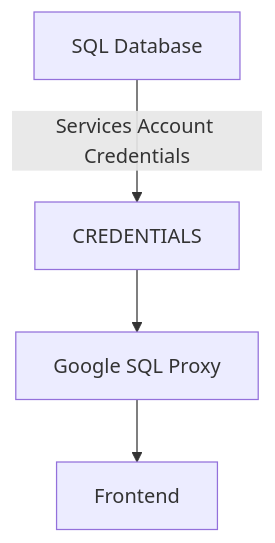
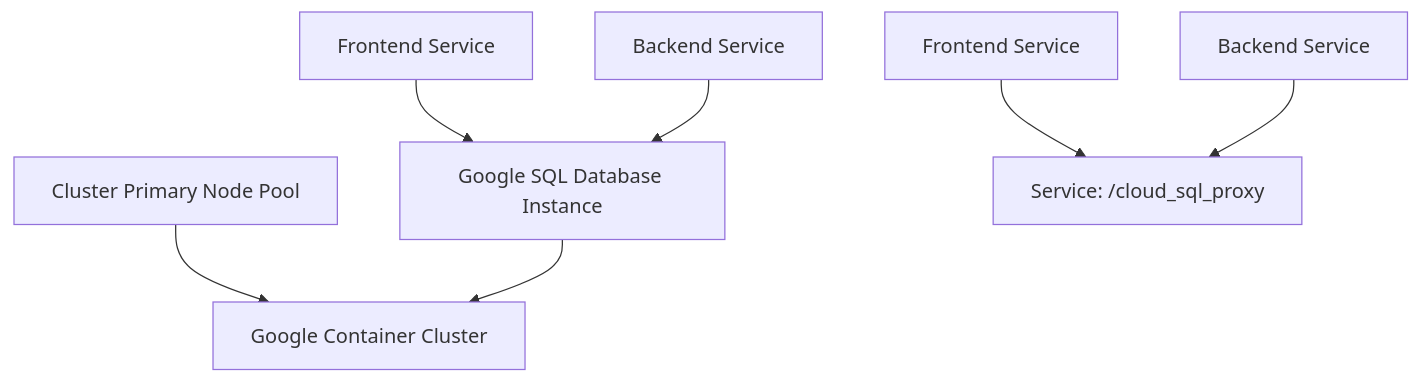
Before and after one commit to Hacka25/webapp: the ninth of 9 diagrams in README.md, drawn with Mermaid. The commit also changed other lines of this file, not shown here.

Commit message:
[skip-autodocs] Update README and architecture diagram

````diff
--- a/README.md
+++ b/README.md
@@ -122,6 +187,9 @@
 ```mermaid
 graph TD
-    A[SQL Database] -->|Services Account Credentials| B[CREDENTIALS]
-    B --> C[Google SQL Proxy]
-    C --> D[Frontend]
+    A[Cluster Primary Node Pool] --> B[Google Container Cluster]
+    C[Google SQL Database Instance] --> B
+    D[Frontend Service] --> C
+    E[Backend Service] --> C
+    F[Frontend Service] --> G["Service: /cloud_sql_proxy"]
+    H[Backend Service] --> G
 ```
````
